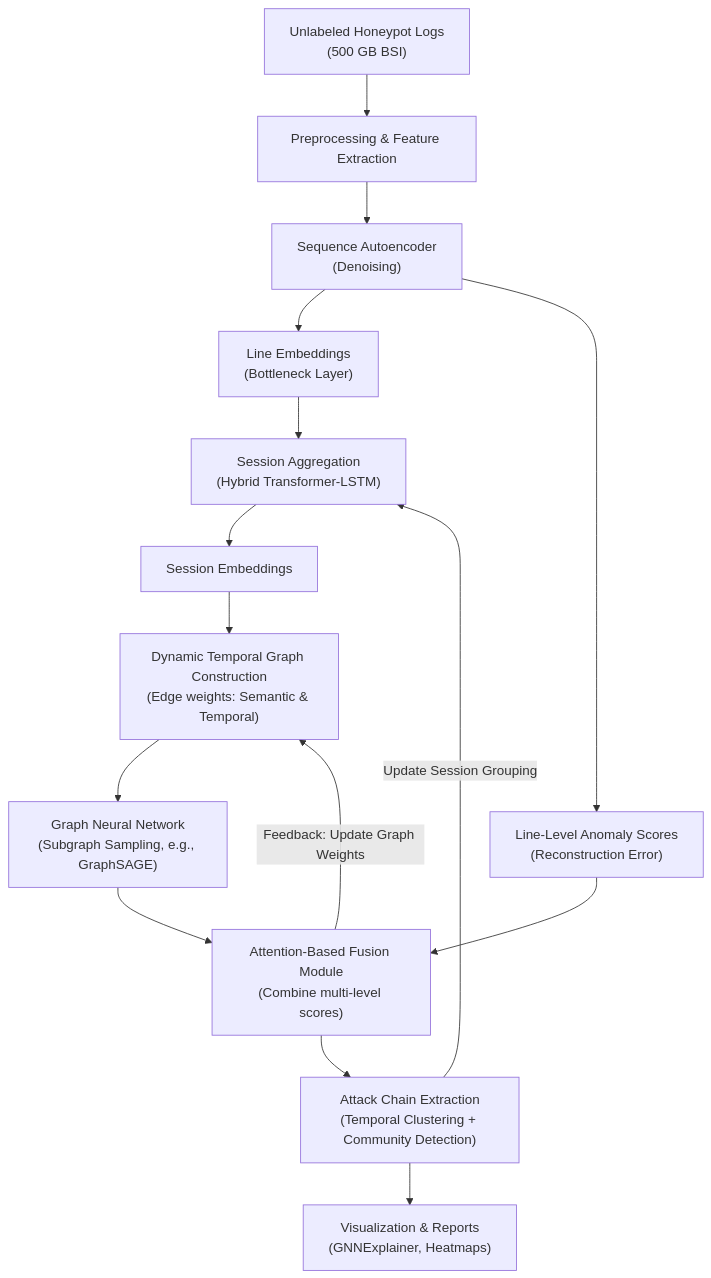
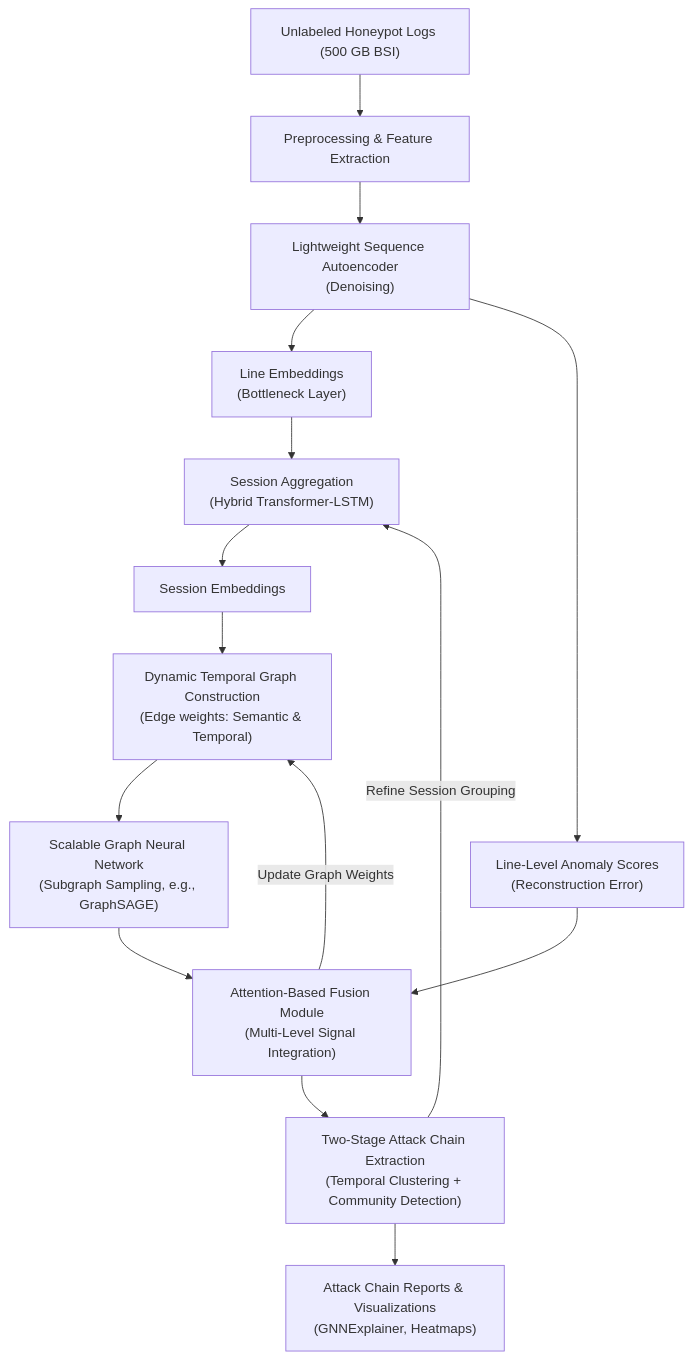
The diagram in docs/documentation/concept2.md (JohannesLks/Thesis), drawn with Mermaid before and after one commit. The commit also changed 1 other file, not shown here.

````diff
--- a/docs/documentation/concept2.md
+++ b/docs/documentation/concept2.md
@@ -99,34 +99,32 @@
 ```mermaid
-flowchart TD
-  A["Unlabeled Honeypot Logs\n(500 GB BSI)"]
-  B["Preprocessing & Feature Extraction"]
-  C["Sequence Autoencoder\n(Denoising)"]
-  D["Line Embeddings\n(Bottleneck Layer)"]
-  E["Line-Level Anomaly Scores\n(Reconstruction Error)"]
-  F["Session Aggregation\n(Hybrid Transformer-LSTM)"]
-  G["Session Embeddings"]
-  H["Dynamic Temporal Graph Construction\n(Edge weights: Semantic & Temporal)"]
-  I["Graph Neural Network\n(Subgraph Sampling, e.g., GraphSAGE)"]
-  J["Attention-Based Fusion Module\n(Combine multi-level scores)"]
-  K["Attack Chain Extraction\n(Temporal Clustering + Community Detection)"]
-  L["Visualization & Reports\n(GNNExplainer, Heatmaps)"]
-
-  A --> B
-  B --> C
-  C --> D
-  C --> E
-  D --> F
-  F --> G
-  G --> H
-  H --> I
-  I --> J
-  E --> J
-  J --> K
-  K --> L
-
-  %% Feedback loops for continuous adaptation:
-  J -- "Feedback: Update Graph Weights" --> H
-  K -- "Update Session Grouping" --> F
-
-
+graph TD
+    A["Unlabeled Honeypot Logs (500 GB BSI)"]
+    B["Preprocessing & Feature Extraction"]
+    C["Lightweight Sequence Autoencoder\n(Denoising)"]
+    D["Line Embeddings\n(Bottleneck Layer)"]
+    E["Line-Level Anomaly Scores\n(Reconstruction Error)"]
+    F["Session Aggregation\n(Hybrid Transformer-LSTM)"]
+    G["Session Embeddings"]
+    H["Dynamic Temporal Graph Construction\n(Edge weights: Semantic & Temporal)"]
+    I["Scalable Graph Neural Network\n(Subgraph Sampling, e.g., GraphSAGE)"]
+    J["Attention-Based Fusion Module\n(Multi-Level Signal Integration)"]
+    K["Two-Stage Attack Chain Extraction\n(Temporal Clustering + Community Detection)"]
+    L["Attack Chain Reports & Visualizations\n(GNNExplainer, Heatmaps)"]
+    
+    A --> B
+    B --> C
+    C --> D
+    C --> E
+    D --> F
+    F --> G
+    G --> H
+    H --> I
+    I --> J
+    E --> J
+    J --> K
+    K --> L
+    
+    %% Feedback loops for continuous adaptation:
+    J -- "Update Graph Weights" --> H
+    K -- "Refine Session Grouping" --> F
 ```
````
